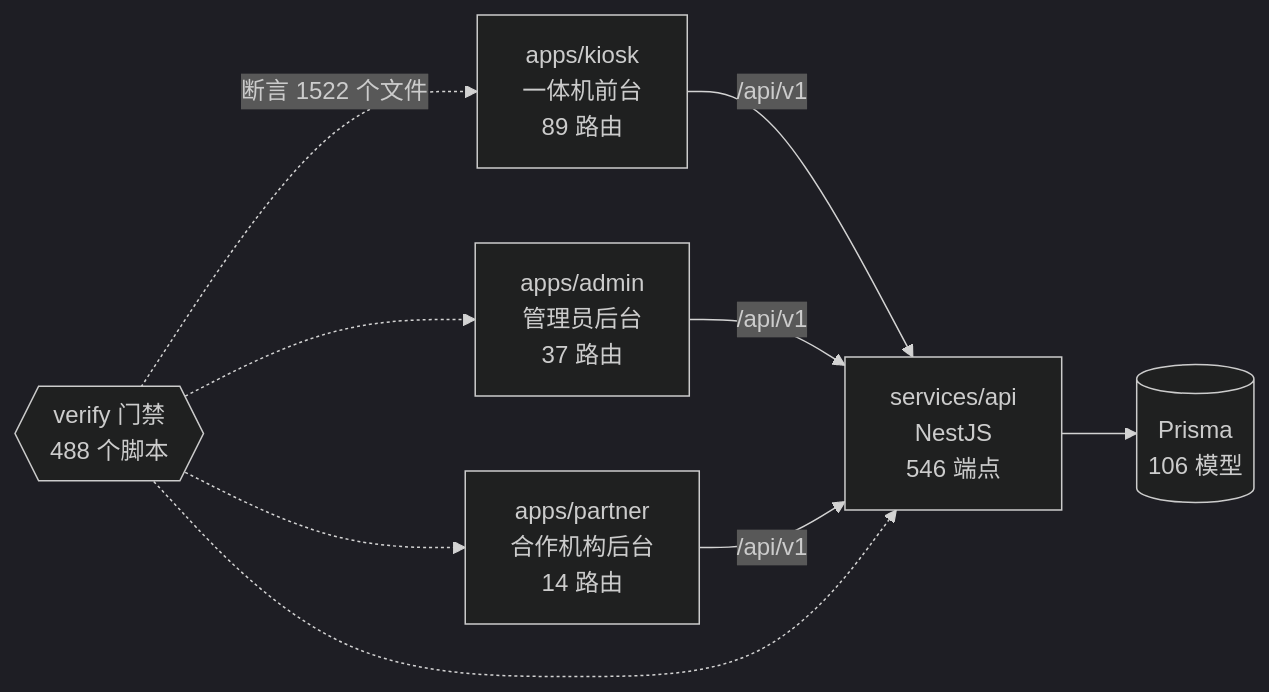
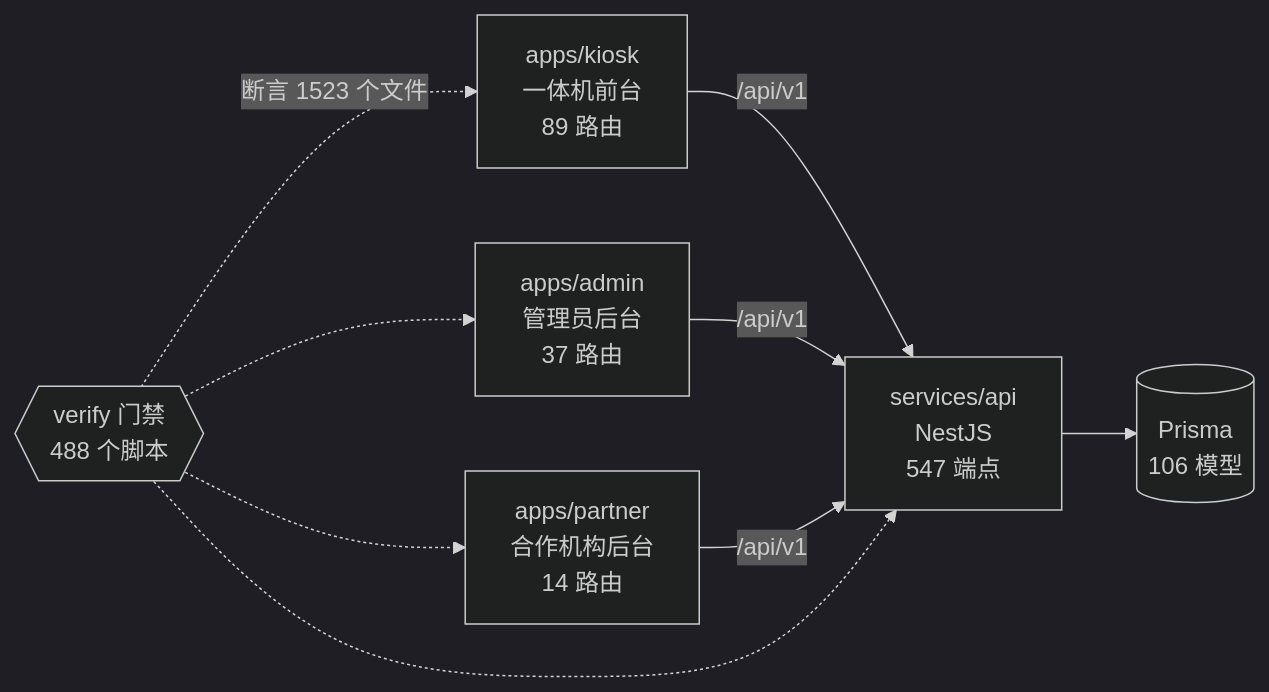
One commit to wanglei581/YITIJI changed the diagram in docs/graph/README.md. Above: the diagram before and after it, drawn with Mermaid (dark theme). The commit also changed other lines of this file and 5 other files, not shown here.

First line of the commit message:
docs: record 3.13 console pages and refresh the project graph

````diff
--- a/docs/graph/README.md
+++ b/docs/graph/README.md
@@ -68,18 +68,18 @@
 ```mermaid
 flowchart LR
   kiosk["apps/kiosk<br/>一体机前台<br/>89 路由"]
   admin["apps/admin<br/>管理员后台<br/>37 路由"]
   partner["apps/partner<br/>合作机构后台<br/>14 路由"]
-  api["services/api<br/>NestJS<br/>546 端点"]
+  api["services/api<br/>NestJS<br/>547 端点"]
   db[("Prisma<br/>106 模型")]
   gates{{"verify 门禁<br/>488 个脚本"}}
 
   kiosk -->|"/api/v1"| api
   admin -->|"/api/v1"| api
   partner -->|"/api/v1"| api
   api --> db
-  gates -.->|"断言 1522 个文件"| kiosk
+  gates -.->|"断言 1523 个文件"| kiosk
   gates -.-> admin
   gates -.-> partner
   gates -.-> api
 ```
````
